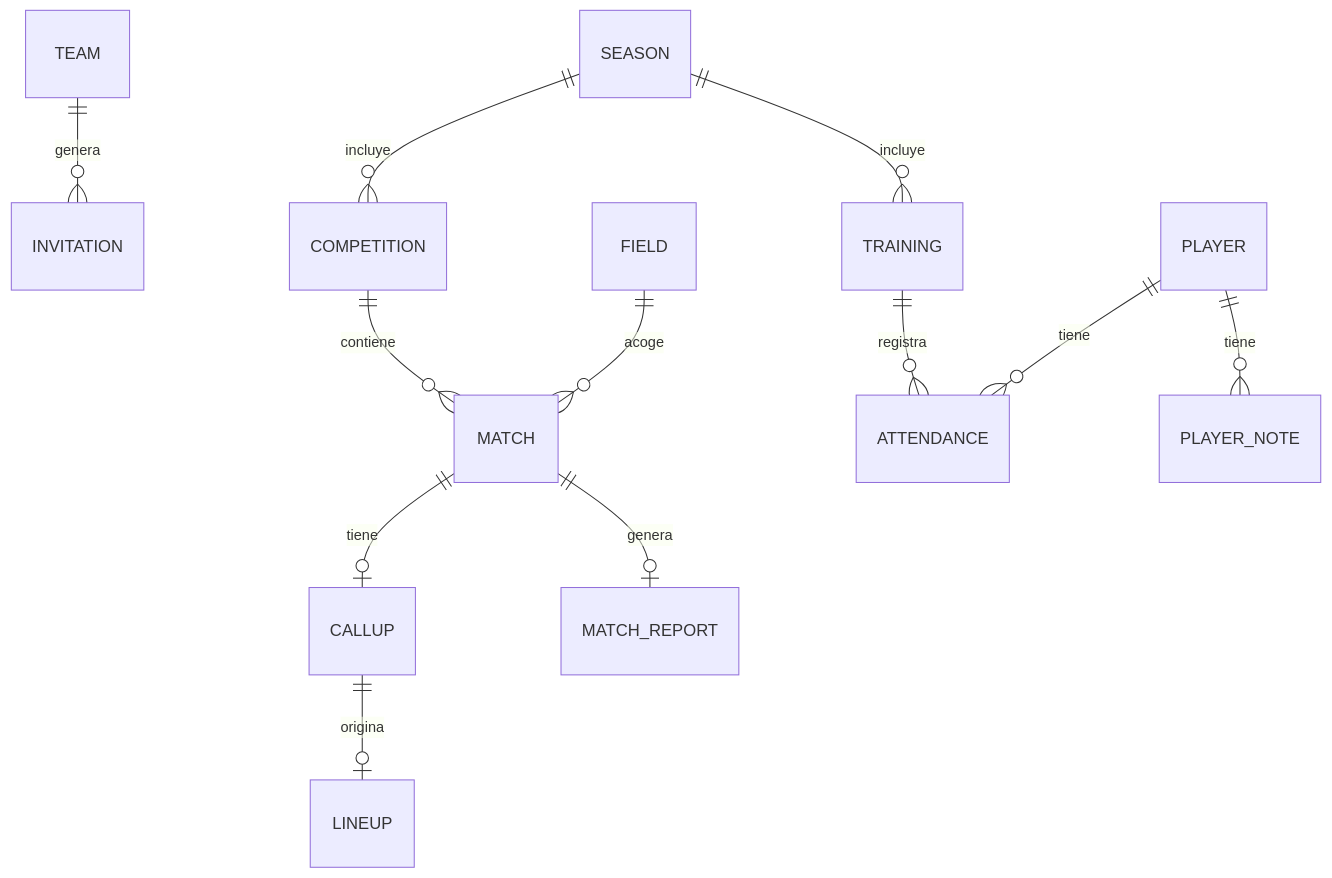
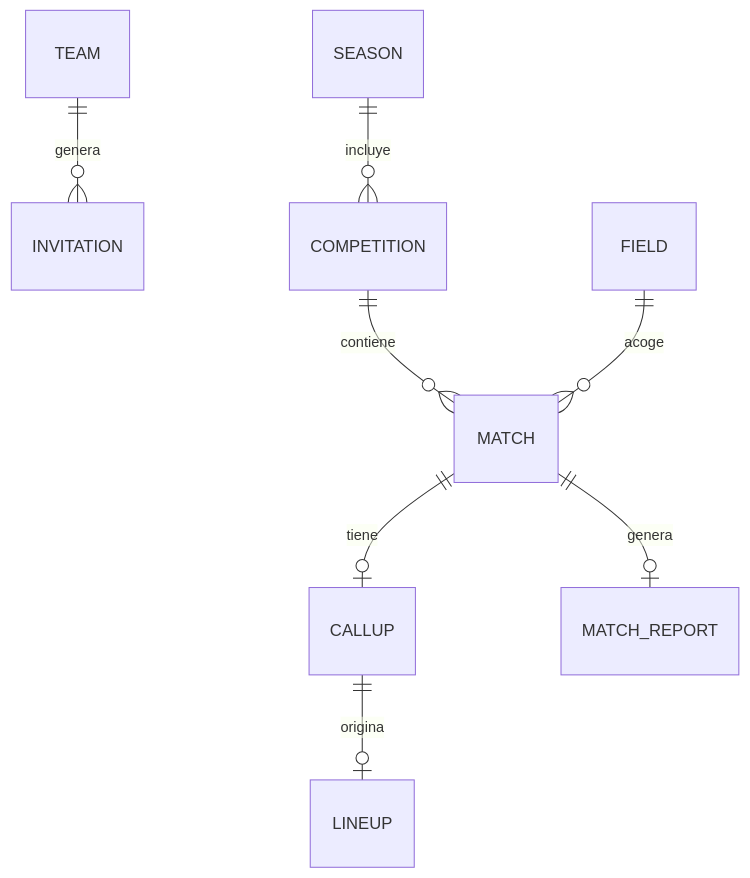
One commit to DavissBlancoDev/GesCoach changed the second of 2 diagrams in docs/modelo-de-datos.md. Above: the diagram before and after it, drawn with Mermaid. The commit also changed other lines of this file and 7 other files, not shown here.

````diff
--- a/docs/modelo-de-datos.md
+++ b/docs/modelo-de-datos.md
@@ -184,14 +252,10 @@
 ```mermaid
 erDiagram
     TEAM ||--o{ INVITATION : "genera"
     SEASON ||--o{ COMPETITION : "incluye"
     COMPETITION ||--o{ MATCH : "contiene"
     FIELD ||--o{ MATCH : "acoge"
     MATCH ||--o| CALLUP : "tiene"
     CALLUP ||--o| LINEUP : "origina"
     MATCH ||--o| MATCH_REPORT : "genera"
-    SEASON ||--o{ TRAINING : "incluye"
-    TRAINING ||--o{ ATTENDANCE : "registra"
-    PLAYER ||--o{ ATTENDANCE : "tiene"
-    PLAYER ||--o{ PLAYER_NOTE : "tiene"
 ```
````
